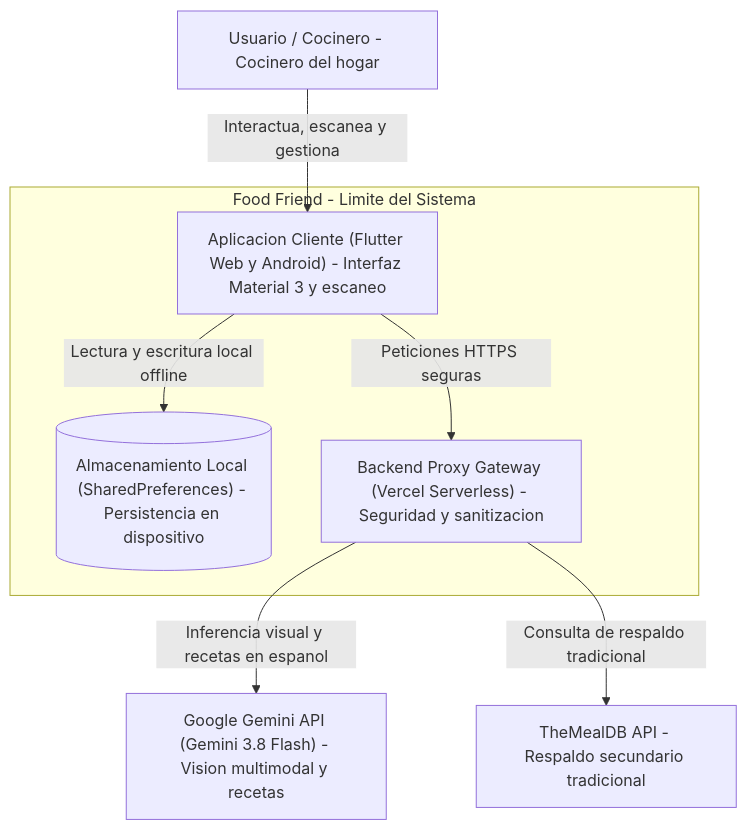
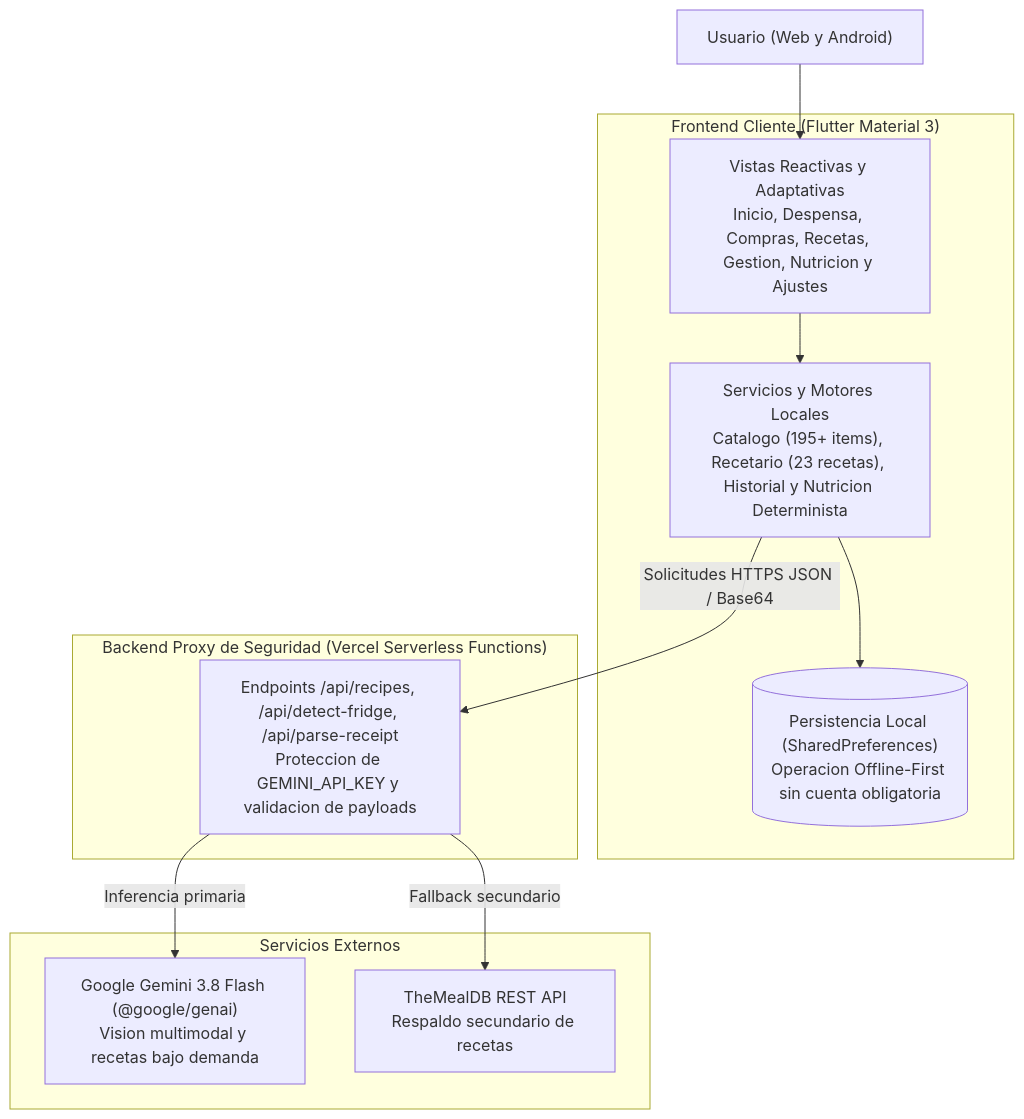
One commit to innovationlabug/food-friend changed the diagram in README.md. Above: the diagram before and after it, drawn with Mermaid. The commit also changed other lines of this file and 21 other files, not shown here.

````diff
--- a/README.md
+++ b/README.md
@@ -35,19 +36,26 @@
 ```mermaid
 flowchart TB
-    User["Usuario / Cocinero - Cocinero del hogar"]
+    User["Usuario (Web y Android)"]
 
-    subgraph SystemBoundary ["Food Friend - Limite del Sistema"]
-        App["Aplicacion Cliente (Flutter Web y Android) - Interfaz Material 3 y escaneo"]
-        LocalStorage[("Almacenamiento Local (SharedPreferences) - Persistencia en dispositivo")]
-        Proxy["Backend Proxy Gateway (Vercel Serverless) - Seguridad y sanitizacion"]
+    subgraph Client ["Frontend Cliente (Flutter Material 3)"]
+        UI["Vistas Reactivas y Adaptativas<br/>Inicio, Despensa, Compras, Recetas, Gestion, Nutricion y Ajustes"]
+        Services["Servicios y Motores Locales<br/>Catalogo (195+ items), Recetario (23 recetas), Historial y Nutricion Determinista"]
+        Storage[("Persistencia Local (SharedPreferences)<br/>Operacion Offline-First sin cuenta obligatoria")]
+        UI --> Services
+        Services --> Storage
     end
 
-    Gemini["Google Gemini API (Gemini 3.8 Flash) - Vision multimodal y recetas"]
-    TheMealDB["TheMealDB API - Respaldo secundario tradicional"]
+    subgraph Backend ["Backend Proxy de Seguridad (Vercel Serverless Functions)"]
+        API["Endpoints /api/recipes, /api/detect-fridge, /api/parse-receipt<br/>Proteccion de GEMINI_API_KEY y validacion de payloads"]
+    end
 
-    User -->|Interactua, escanea y gestiona| App
-    App -->|Lectura y escritura local offline| LocalStorage
-    App -->|Peticiones HTTPS seguras| Proxy
-    Proxy -->|Inferencia visual y recetas en espanol| Gemini
-    Proxy -->|Consulta de respaldo tradicional| TheMealDB
+    subgraph External ["Servicios Externos"]
+        Gemini["Google Gemini 3.8 Flash (@google/genai)<br/>Vision multimodal y recetas bajo demanda"]
+        MealDB["TheMealDB REST API<br/>Respaldo secundario de recetas"]
+    end
+
+    User --> UI
+    Services -->|Solicitudes HTTPS JSON / Base64| API
+    API -->|Inferencia primaria| Gemini
+    API -->|Fallback secundario| MealDB
 ```
````
